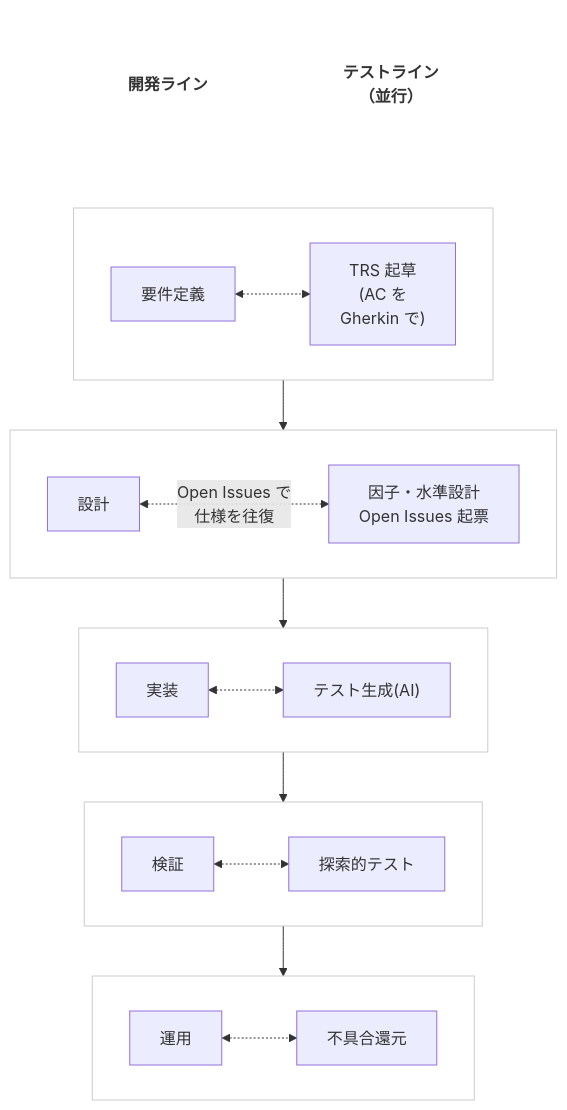
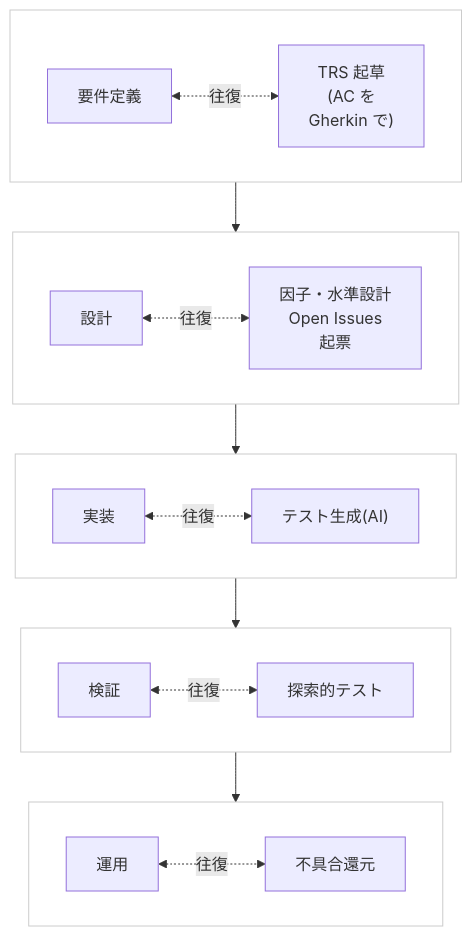
The first of 2 diagrams in docs/testing/01-test-policy.md (toshio-shiratori/harness-test-strategy), drawn with Mermaid before and after one commit. The commit also changed other lines of this file, not shown here.

Commit message:
docs: 01 §2 W字モデルの図の GitHub 上の見え方を直す (#208) (#216)
- 全行の点線に同じラベル「往復」を付け、矢印を見えるようにし、列と枠の幅を揃える
- 「Open Issues で仕様を往復」のラベルは説明文に移す
- 見出し行をやめ、左右のラインは説明文で示す
- 「Open Issues 起票」を語の切れ目で改行する

````diff
--- a/docs/testing/01-test-policy.md
+++ b/docs/testing/01-test-policy.md
@@ -29,37 +29,29 @@
 ```mermaid
 flowchart TB
-  subgraph H[" "]
-    direction LR
-    HD["開発ライン"] ~~~ HT["テストライン<br/>（並行）"]
-  end
   subgraph P1[" "]
     direction LR
-    D1["要件定義"] <-.-> T1["TRS 起草<br/>(AC を<br/>Gherkin で)"]
+    D1["要件定義"] <-. 往復 .-> T1["TRS 起草<br/>(AC を<br/>Gherkin で)"]
   end
   subgraph P2[" "]
     direction LR
-    D2["設計"] <-. "Open Issues で<br/>仕様を往復" .-> T2["因子・水準設計<br/>Open Issues 起票"]
+    D2["設計"] <-. 往復 .-> T2["因子・水準設計<br/>Open Issues<br/>起票"]
   end
   subgraph P3[" "]
     direction LR
-    D3["実装"] <-.-> T3["テスト生成(AI)"]
+    D3["実装"] <-. 往復 .-> T3["テスト生成(AI)"]
   end
   subgraph P4[" "]
     direction LR
-    D4["検証"] <-.-> T4["探索的テスト"]
+    D4["検証"] <-. 往復 .-> T4["探索的テスト"]
   end
   subgraph P5[" "]
     direction LR
-    D5["運用"] <-.-> T5["不具合還元"]
+    D5["運用"] <-. 往復 .-> T5["不具合還元"]
   end
-  H ~~~ P1
   P1 --> P2 --> P3 --> P4 --> P5
-  classDef head fill:none,stroke:none,font-weight:bold
-  class HD,HT head
-  style H fill:none,stroke:none
   style P1 fill:none,stroke:#ccc
   style P2 fill:none,stroke:#ccc
   style P3 fill:none,stroke:#ccc
   style P4 fill:none,stroke:#ccc
   style P5 fill:none,stroke:#ccc
 ```
````
